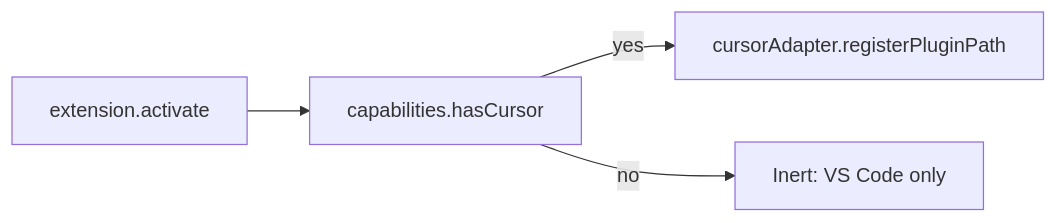
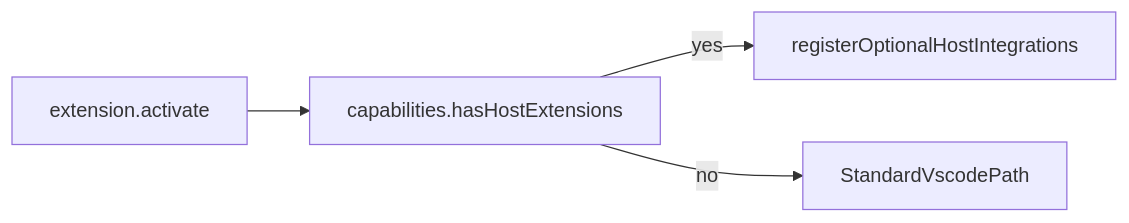
Before and after one commit to thsfranca/rex: the second of 3 diagrams in docs/EXTENSION_ARCHITECTURE.md, drawn with Mermaid. The commit also changed other lines of this file and 19 other files, not shown here.

First line of the commit message:
feat(extension/docs): mode-gated chat flow and agnostic adapter design docs (#117)

````diff
--- a/docs/EXTENSION_ARCHITECTURE.md
+++ b/docs/EXTENSION_ARCHITECTURE.md
@@ -94,6 +112,6 @@
 ```mermaid
 flowchart LR
-    activate[extension.activate] --> detect[capabilities.hasCursor]
-    detect -- yes --> cursor[cursorAdapter.registerPluginPath]
-    detect -- no --> inert[Inert: VS Code only]
+    activate[extension.activate] --> detect[capabilities.hasHostExtensions]
+    detect -- yes --> hostSpecific[registerOptionalHostIntegrations]
+    detect -- no --> inert[StandardVscodePath]
 ```
````
